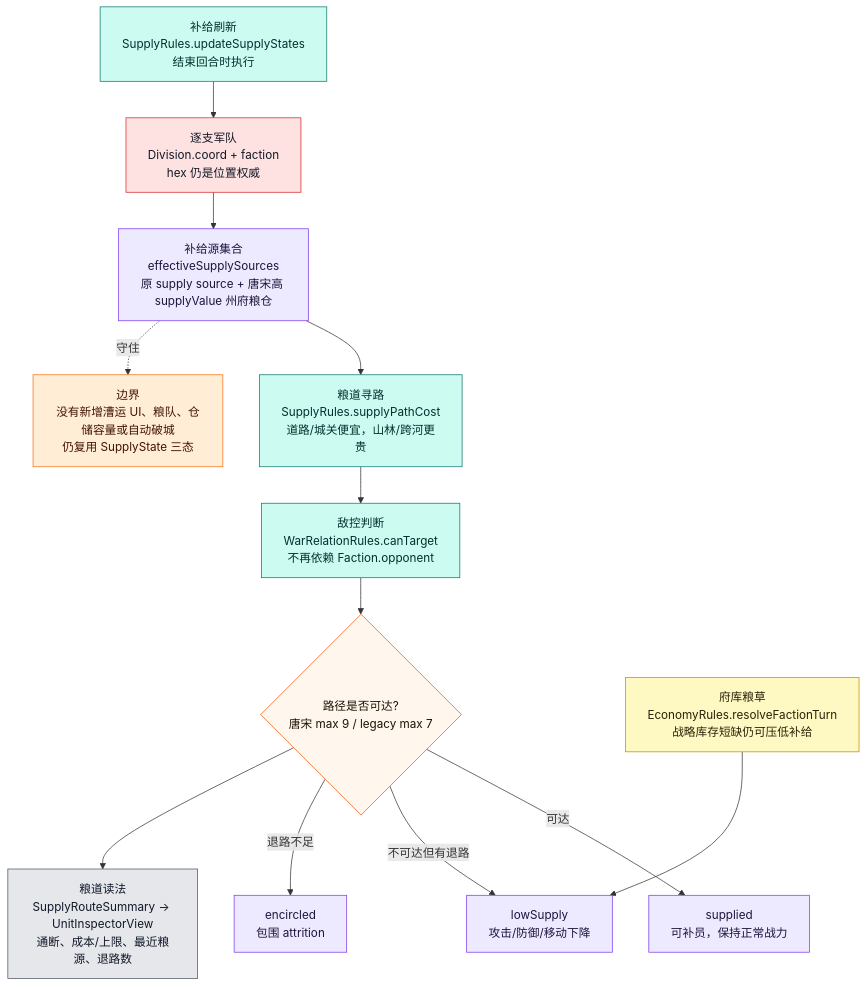
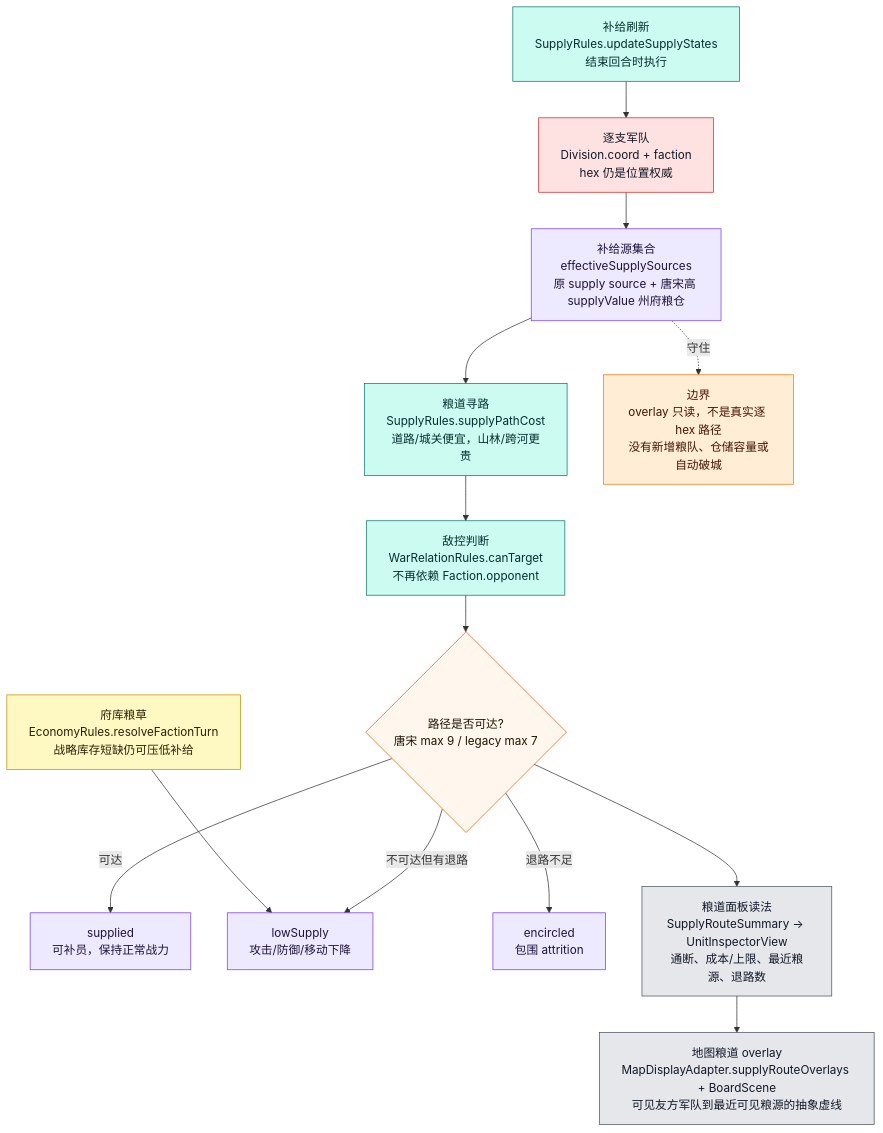
Before and after one commit to Altman-sam114/125: the fifth of 12 diagrams in md/flow/flowchart.md, drawn with Mermaid. The commit also changed other lines of this file and 8 other files, not shown here.

````diff
--- a/md/flow/flowchart.md
+++ b/md/flow/flowchart.md
@@ -256,32 +256,34 @@
 ```mermaid
 flowchart TD
     START["补给刷新<br/>SupplyRules.updateSupplyStates<br/>结束回合时执行"]:::rules
     DIV["逐支军队<br/>Division.coord + faction<br/>hex 仍是位置权威"]:::authority
     SOURCE["补给源集合<br/>effectiveSupplySources<br/>原 supply source + 唐宋高 supplyValue 州府粮仓"]:::state
     PATH["粮道寻路<br/>SupplyRules.supplyPathCost<br/>道路/城关便宜，山林/跨河更贵"]:::rules
     REL["敌控判断<br/>WarRelationRules.canTarget<br/>不再依赖 Faction.opponent"]:::rules
     STATE{"路径是否可达?<br/>唐宋 max 9 / legacy max 7"}:::decision
     OK["supplied<br/>可补员，保持正常战力"]:::state
     LOW["lowSupply<br/>攻击/防御/移动下降"]:::state
     ENC["encircled<br/>包围 attrition"]:::state
-    READ["粮道读法<br/>SupplyRouteSummary -> UnitInspectorView<br/>通断、成本/上限、最近粮源、退路数"]:::ui
+    READ["粮道面板读法<br/>SupplyRouteSummary -> UnitInspectorView<br/>通断、成本/上限、最近粮源、退路数"]:::ui
+    MAP["地图粮道 overlay<br/>MapDisplayAdapter.supplyRouteOverlays + BoardScene<br/>可见友方军队到最近可见粮源的抽象虚线"]:::ui
     ECON["府库粮草<br/>EconomyRules.resolveFactionTurn<br/>战略库存短缺仍可压低补给"]:::economy
 
     START --> DIV --> SOURCE --> PATH --> REL --> STATE
     STATE -->|可达| OK
     STATE -->|不可达但有退路| LOW
     STATE -->|退路不足| ENC
     STATE --> READ
+    READ --> MAP
     ECON --> LOW
 
-    WARN["边界<br/>没有新增漕运 UI、粮队、仓储容量或自动破城<br/>仍复用 SupplyState 三态"]:::warn
+    WARN["边界<br/>overlay 只读，不是真实逐 hex 路径<br/>没有新增粮队、仓储容量或自动破城"]:::warn
     SOURCE -.守住.-> WARN
 
     classDef rules fill:#ccfbf1,stroke:#0f766e,color:#042f2e
     classDef authority fill:#fee2e2,stroke:#dc2626,color:#111827
     classDef state fill:#ede9fe,stroke:#7c3aed,color:#1f143d
     classDef decision fill:#fff7ed,stroke:#ea580c,color:#1f1300
     classDef ui fill:#e5e7eb,stroke:#4b5563,color:#111827
     classDef economy fill:#fef9c3,stroke:#ca8a04,color:#292107
     classDef warn fill:#ffedd5,stroke:#f97316,color:#431407
 ```
````
